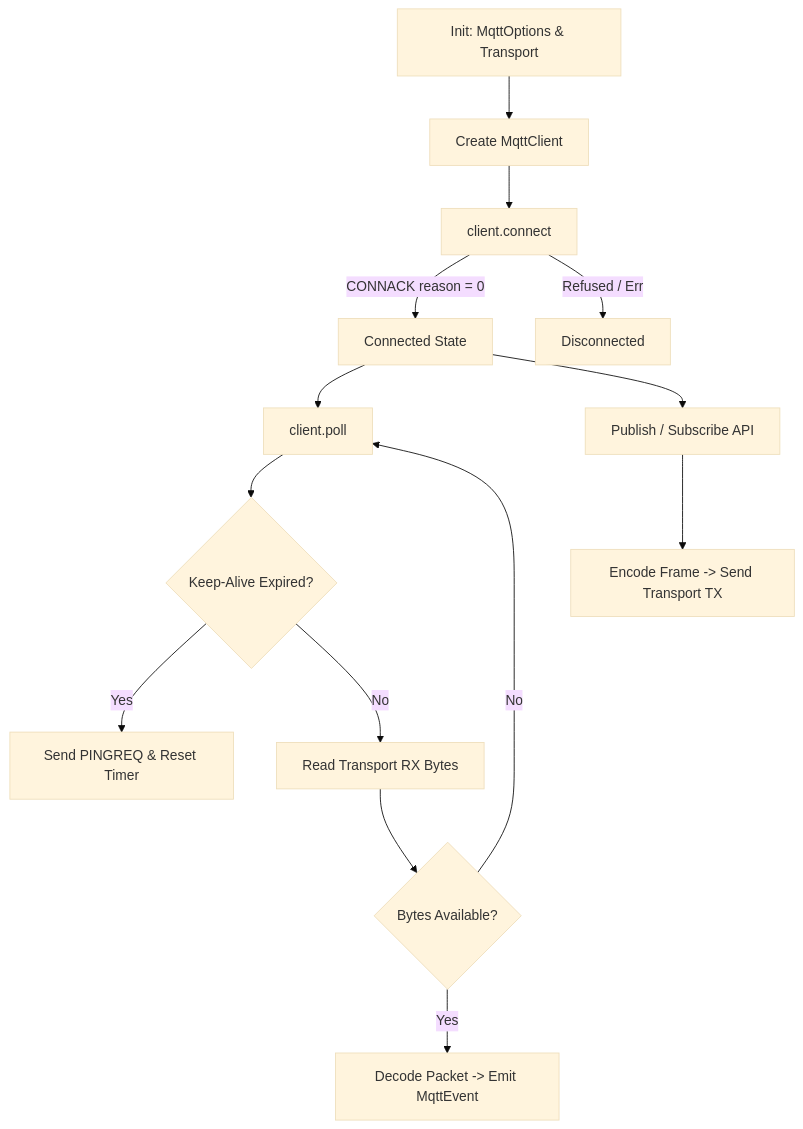
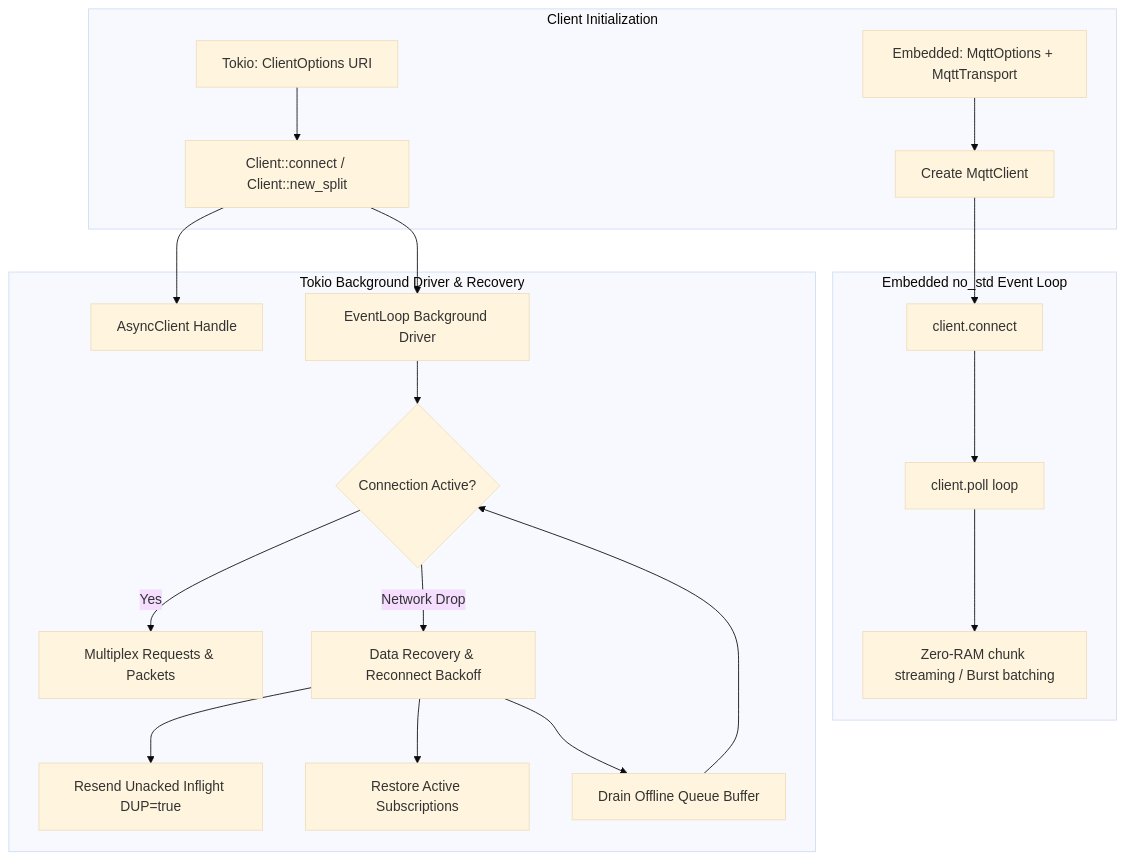
Before and after one commit to FaezBarghasa/mqtt-async-embedded: the first of 2 diagrams in docs/appflow.md, drawn with Mermaid (base theme). The commit also changed other lines of this file and 6 other files, not shown here.

Commit message:
feat: implement high-performance Tokio-based client for cross-platform and multi-threaded MQTT support

````diff
--- a/docs/appflow.md
+++ b/docs/appflow.md
@@ -9,16 +9,25 @@
 ```mermaid
 flowchart TD
-    A[Init: MqttOptions & Transport] --> B[Create MqttClient]
-    B --> C[client.connect]
-    C -->|CONNACK reason = 0| D[Connected State]
-    C -->|Refused / Err| E[Disconnected]
-    D --> F[client.poll]
-    F --> G{Keep-Alive Expired?}
-    G -- Yes --> H[Send PINGREQ & Reset Timer]
-    G -- No --> I[Read Transport RX Bytes]
-    I --> J{Bytes Available?}
-    J -- Yes --> K[Decode Packet -> Emit MqttEvent]
-    J -- No --> F
-    D --> L[Publish / Subscribe API]
-    L --> M[Encode Frame -> Send Transport TX]
+    subgraph Initialization [Client Initialization]
+        A1[Embedded: MqttOptions + MqttTransport] --> B1[Create MqttClient<T, MAX_TOPICS, BUF_SIZE>]
+        A2[Tokio: ClientOptions URI] --> B2[Client::connect / Client::new_split]
+    end
+
+    subgraph EmbeddedLoop [Embedded no_std Event Loop]
+        B1 --> C1[client.connect]
+        C1 --> D1[client.poll loop]
+        D1 --> E1[Zero-RAM chunk streaming / Burst batching]
+    end
+
+    subgraph TokioLoop [Tokio Background Driver & Recovery]
+        B2 --> C2[AsyncClient Handle]
+        B2 --> D2[EventLoop Background Driver]
+        D2 --> E2{Connection Active?}
+        E2 -- Yes --> F2[Multiplex Requests & Packets]
+        E2 -- Network Drop --> G2[Data Recovery & Reconnect Backoff]
+        G2 --> H2[Resend Unacked Inflight DUP=true]
+        G2 --> I2[Restore Active Subscriptions]
+        G2 --> J2[Drain Offline Queue Buffer]
+        J2 --> E2
+    end
 ```
````
